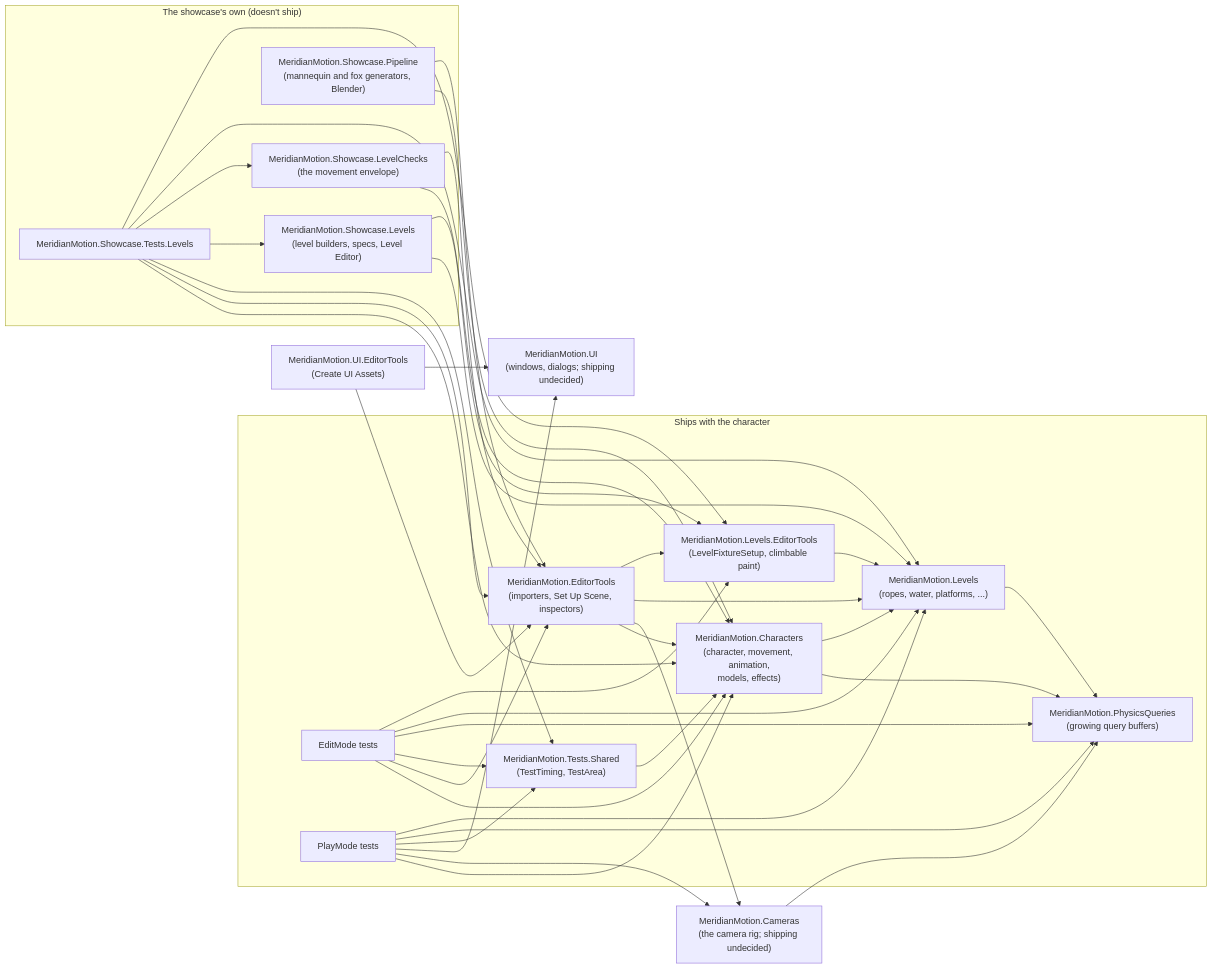
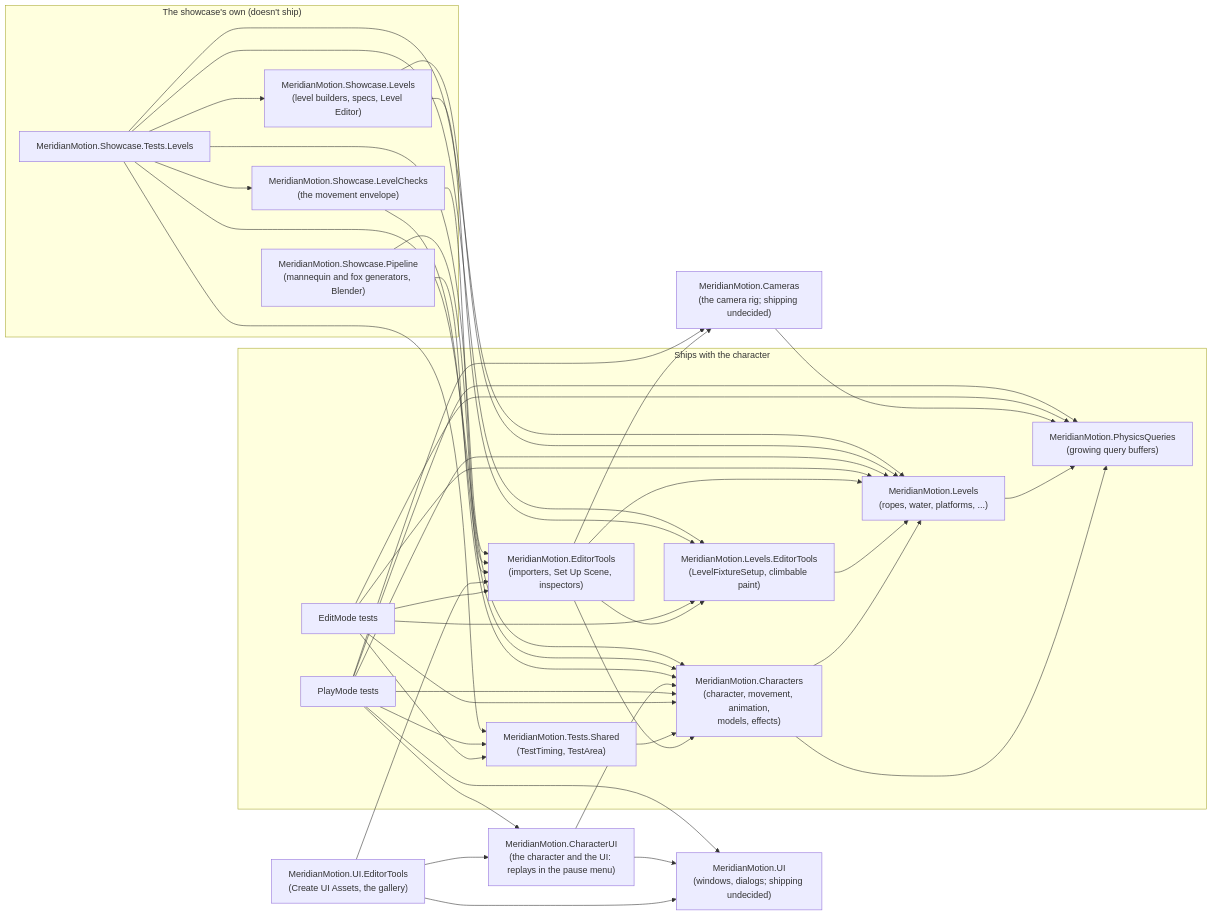
One commit to HOMMUSVAMPIRE/Character-Showcase changed the second of 2 diagrams in docs/architecture.md. Above: the diagram before and after it, drawn with Mermaid. The commit also changed 136 other files, not shown here.

````diff
--- a/docs/architecture.md
+++ b/docs/architecture.md
@@ -59,59 +59,64 @@
 ```mermaid
 flowchart LR
     subgraph Ships["Ships with the character"]
         Showcase["MeridianMotion.Characters<br/>(character, movement, animation,<br/>models, effects)"]
         Elements["MeridianMotion.Levels<br/>(ropes, water, platforms, ...)"]
         ElementsEditor["MeridianMotion.Levels.EditorTools<br/>(LevelFixtureSetup, climbable paint)"]
         Editor["MeridianMotion.EditorTools<br/>(importers, Set Up Scene, inspectors)"]
         Queries["MeridianMotion.PhysicsQueries<br/>(growing query buffers)"]
         Shared["MeridianMotion.Tests.Shared<br/>(TestTiming, TestArea)"]
         EditTests["EditMode tests"]
         PlayTests["PlayMode tests"]
     end
     Camera["MeridianMotion.Cameras<br/>(the camera rig; shipping undecided)"]
     UI["MeridianMotion.UI<br/>(windows, dialogs; shipping undecided)"]
-    UIEditor["MeridianMotion.UI.EditorTools<br/>(Create UI Assets)"]
+    UIEditor["MeridianMotion.UI.EditorTools<br/>(Create UI Assets, the gallery)"]
+    Bridge["MeridianMotion.CharacterUI<br/>(the character and the UI: replays in the pause menu)"]
     subgraph Showcase_only["The showcase's own (doesn't ship)"]
         LevelEditor["MeridianMotion.Showcase.Levels<br/>(level builders, specs, Level Editor)"]
         Pipeline["MeridianMotion.Showcase.Pipeline<br/>(mannequin and fox generators, Blender)"]
         LevelChecks["MeridianMotion.Showcase.LevelChecks<br/>(the movement envelope)"]
         LevelTests["MeridianMotion.Showcase.Tests.Levels"]
     end
     Showcase --> Queries
     Showcase --> Elements
     Elements --> Queries
     ElementsEditor --> Elements
     Camera --> Queries
     Editor --> Showcase
     Editor --> Camera
     Editor --> Elements
     Editor --> ElementsEditor
     Shared --> Showcase
     EditTests --> Showcase
     EditTests --> Editor
     EditTests --> Shared
     EditTests --> Queries
     EditTests --> Elements
     EditTests --> ElementsEditor
     PlayTests --> Showcase
     PlayTests --> Camera
     PlayTests --> UI
     UIEditor --> UI
+    UIEditor --> Bridge
+    Bridge --> Showcase
+    Bridge --> UI
+    PlayTests --> Bridge
     UIEditor --> Editor
     PlayTests --> Shared
     PlayTests --> Queries
     PlayTests --> Elements
     LevelEditor --> Elements
     LevelEditor --> ElementsEditor
     Pipeline --> Showcase
     Pipeline --> Editor
     LevelChecks --> Showcase
     LevelChecks --> Editor
     LevelTests --> Showcase
     LevelTests --> Editor
     LevelTests --> Shared
     LevelTests --> LevelEditor
     LevelTests --> LevelChecks
     LevelTests --> Elements
     LevelTests --> ElementsEditor
 ```
````
